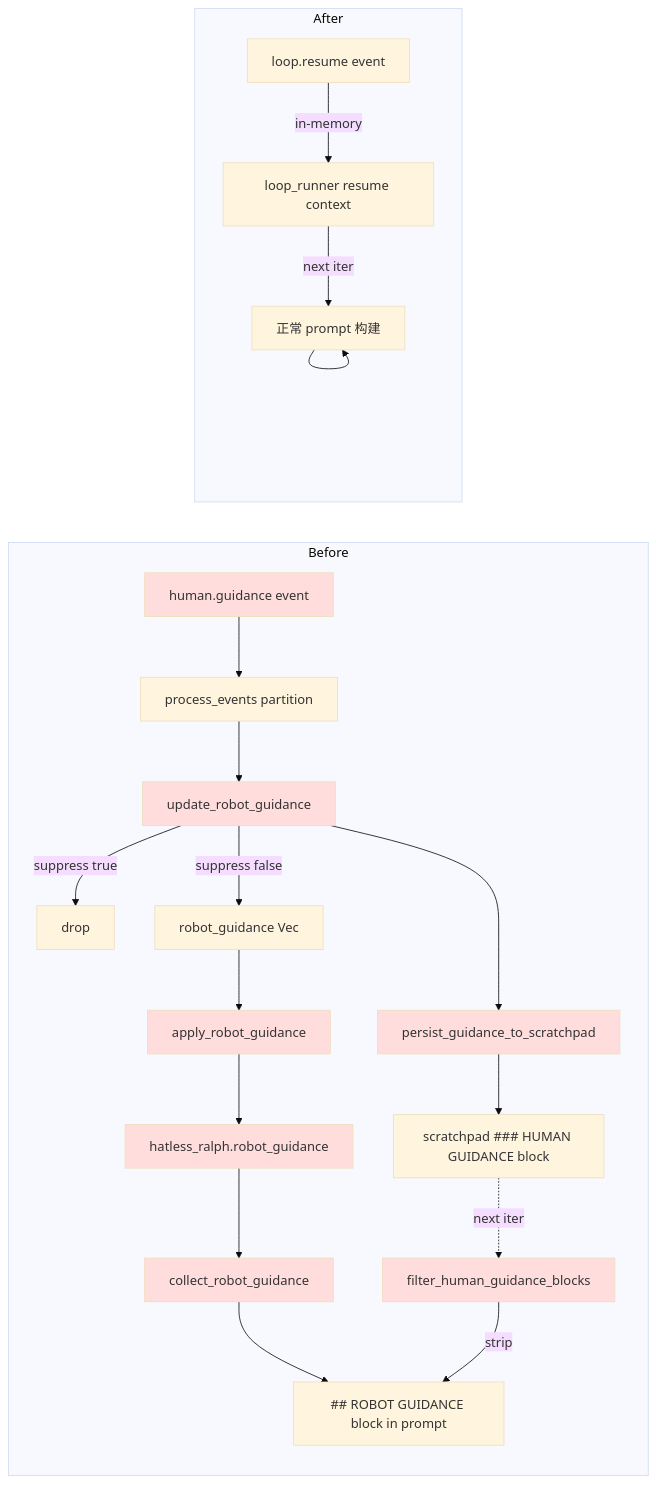
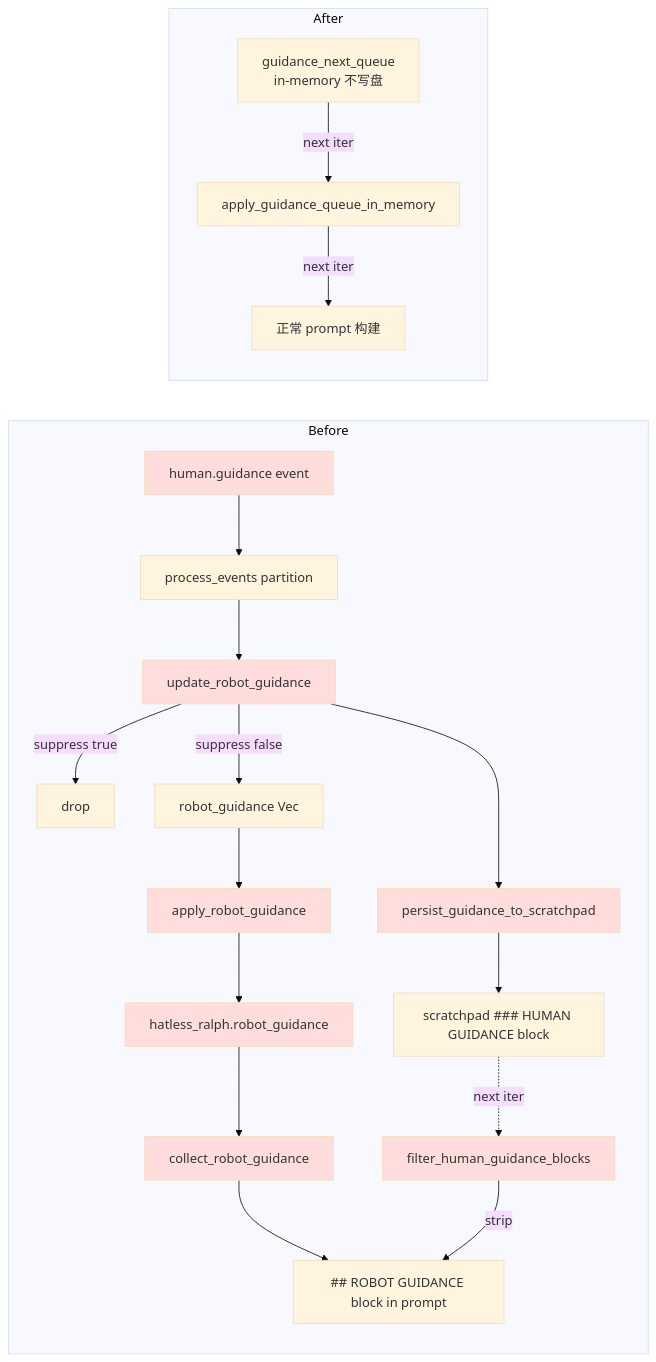
The second of 3 diagrams in docs/plans/2026-06-28-005-refactor-remove-human-guidance-topic-plan.md (pittcat/ralph-orchestrator), drawn with Mermaid (base theme) before and after one commit. The commit also changed other lines of this file, not shown here.

First line of the commit message:
docs(plans): 深化 human.guidance topic 剔除计划 - 明细 emit/inbound 分类 + KTD 决策追溯

````diff
--- a/docs/plans/2026-06-28-005-refactor-remove-human-guidance-topic-plan.md
+++ b/docs/plans/2026-06-28-005-refactor-remove-human-guidance-topic-plan.md
@@ -304,29 +349,28 @@
 ```mermaid
 flowchart LR
     subgraph BEFORE_SCRATCHPAD["Before"]
         EVT1[human.guidance event] --> P1[process_events partition]
         P1 --> U_RG1[update_robot_guidance]
         U_RG1 -->|suppress true| X1[drop]
         U_RG1 -->|suppress false| RG1[robot_guidance Vec]
         U_RG1 --> S1[persist_guidance_to_scratchpad]
         S1 --> SCR1[scratchpad ### HUMAN GUIDANCE block]
         RG1 --> AP1[apply_robot_guidance]
         AP1 --> HR1[hatless_ralph.robot_guidance]
         HR1 --> COL1[collect_robot_guidance]
         COL1 --> PROMPT1[## ROBOT GUIDANCE block in prompt]
         SCR1 -.->|next iter| F1[filter_human_guidance_blocks]
         F1 -->|strip| PROMPT1
     end
     subgraph AFTER_SCRATCHPAD["After"]
-        EVT2[loop.resume event] -->|in-memory| R1[loop_runner resume context]
+        EVT2[guidance_next_queue<br/>in-memory 不写盘] -->|next iter| R1[apply_guidance_queue_in_memory]
         R1 -->|next iter| PROMPT2[正常 prompt 构建]
-        PROMPT2 --> PROMPT2
     end
     style EVT1 fill:#fdd
     style S1 fill:#fdd
     style U_RG1 fill:#fdd
     style AP1 fill:#fdd
     style HR1 fill:#fdd
     style COL1 fill:#fdd
     style F1 fill:#fdd
 ```
````
